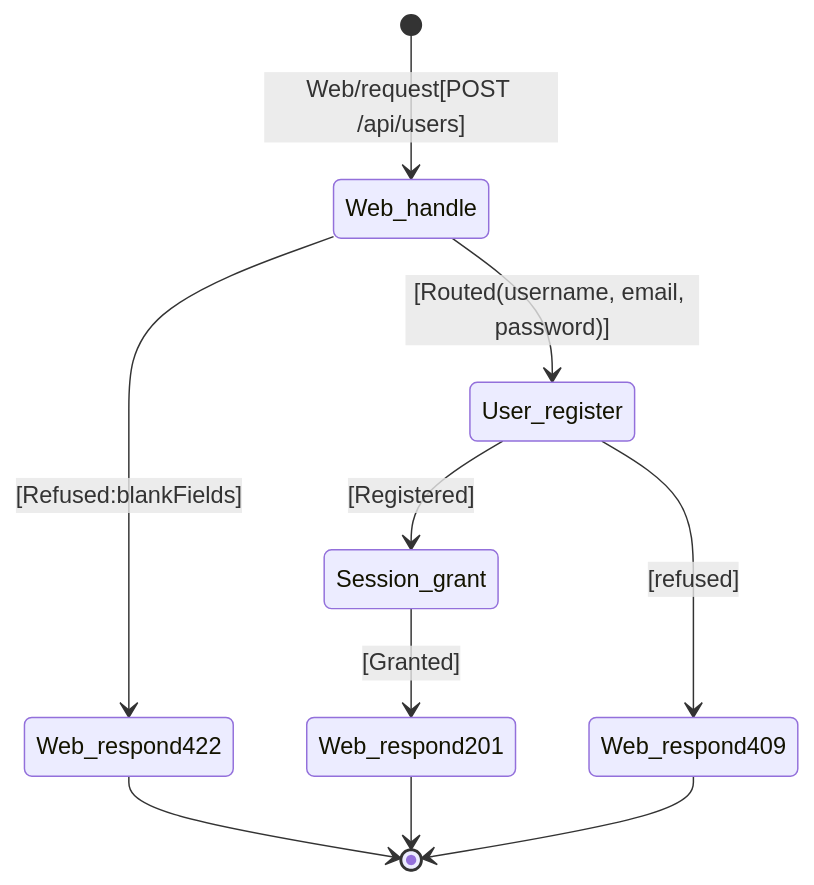
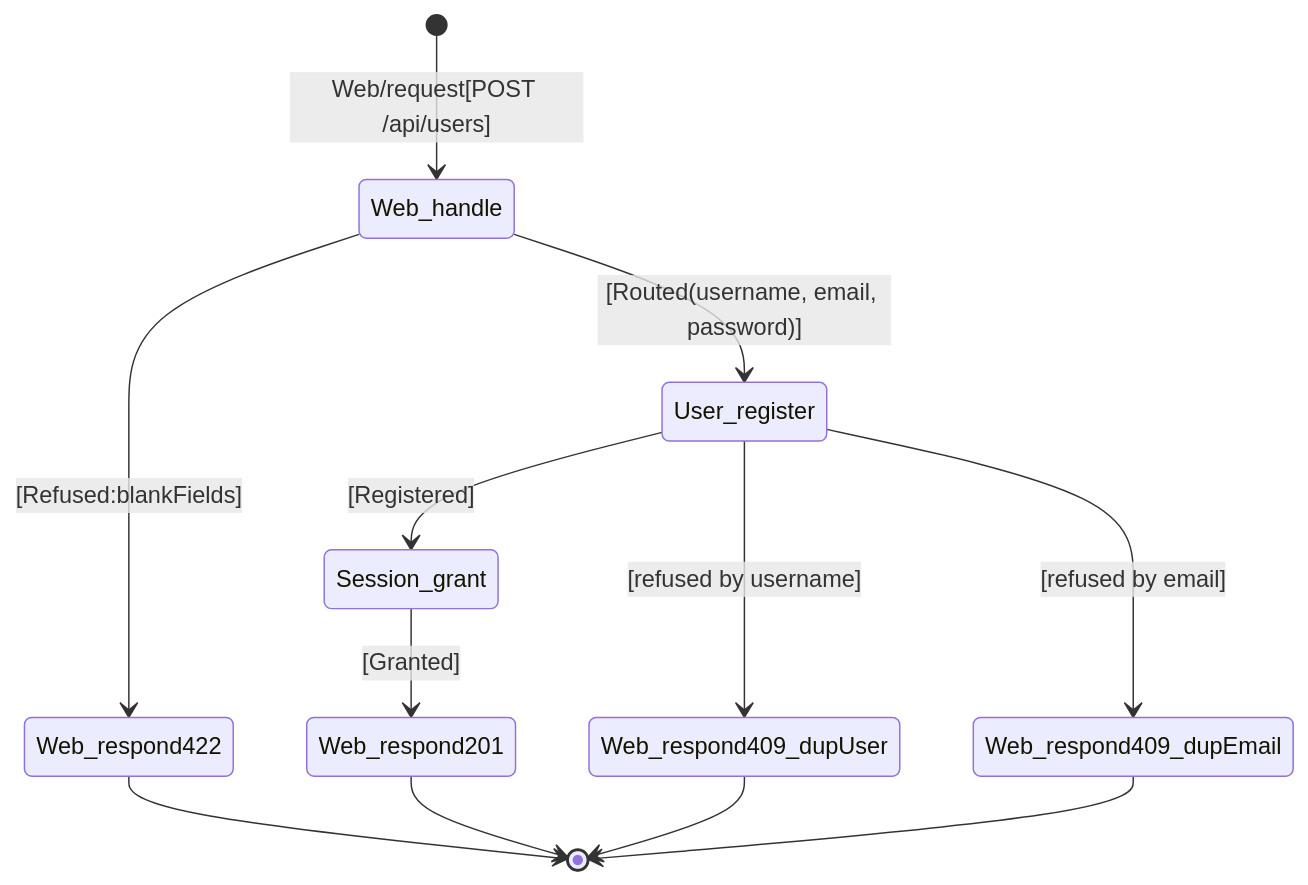
The diagram in features/UC-01-register/stages/02b_chain-table/output/register-account-chain.md (abratto/clad-realworld-conduit-app-take-2), drawn with Mermaid before and after one commit. The commit also changed other lines of this file and 6 other files, not shown here.

````diff
--- a/features/UC-01-register/stages/02b_chain-table/output/register-account-chain.md
+++ b/features/UC-01-register/stages/02b_chain-table/output/register-account-chain.md
@@ -20,12 +21,14 @@
 ```mermaid
 stateDiagram-v2
     [*] --> Web_handle : Web/request[POST /api/users]
     Web_handle --> Web_respond422 : [Refused:blankFields]
     Web_respond422 --> [*]
     Web_handle --> User_register : [Routed(username, email, password)]
     User_register --> Session_grant : [Registered]
     Session_grant --> Web_respond201 : [Granted]
     Web_respond201 --> [*]
-    User_register --> Web_respond409 : [refused]
-    Web_respond409 --> [*]
+    User_register --> Web_respond409_dupUser : [refused by username]
+    User_register --> Web_respond409_dupEmail : [refused by email]
+    Web_respond409_dupUser --> [*]
+    Web_respond409_dupEmail --> [*]
 ```
````
